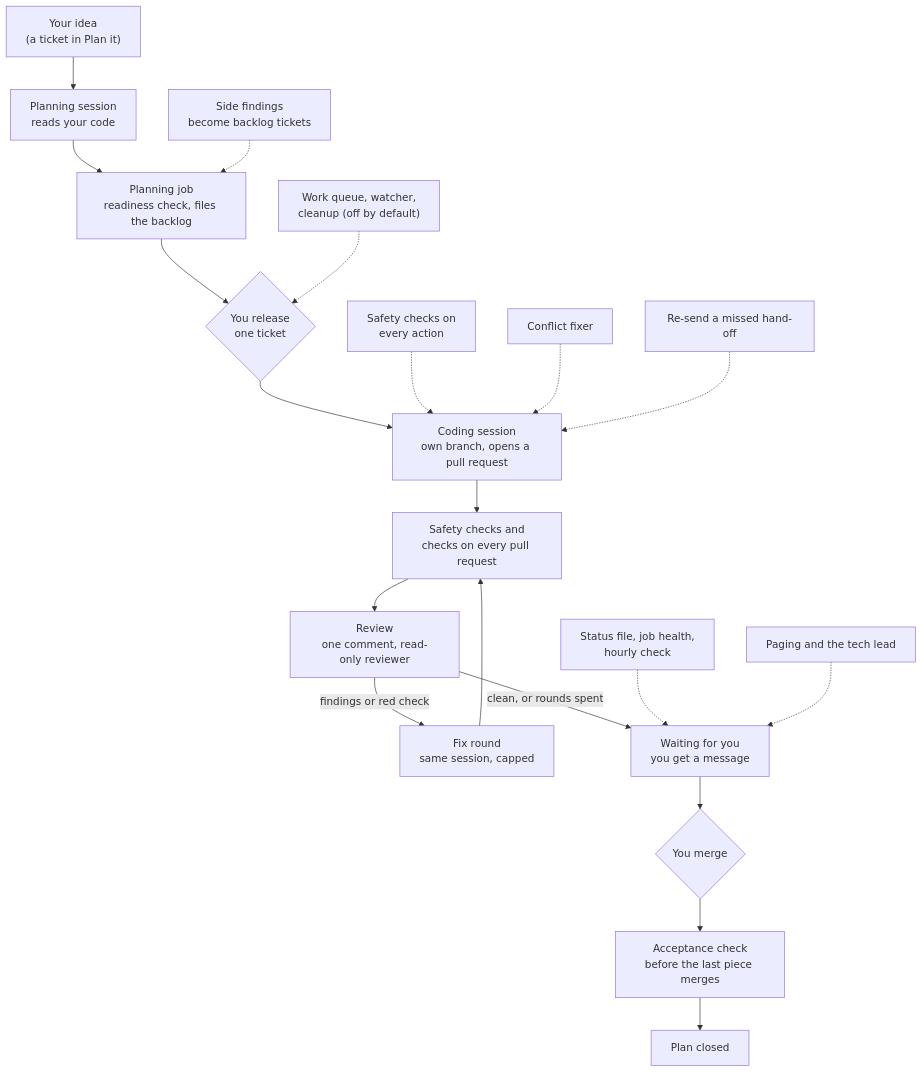
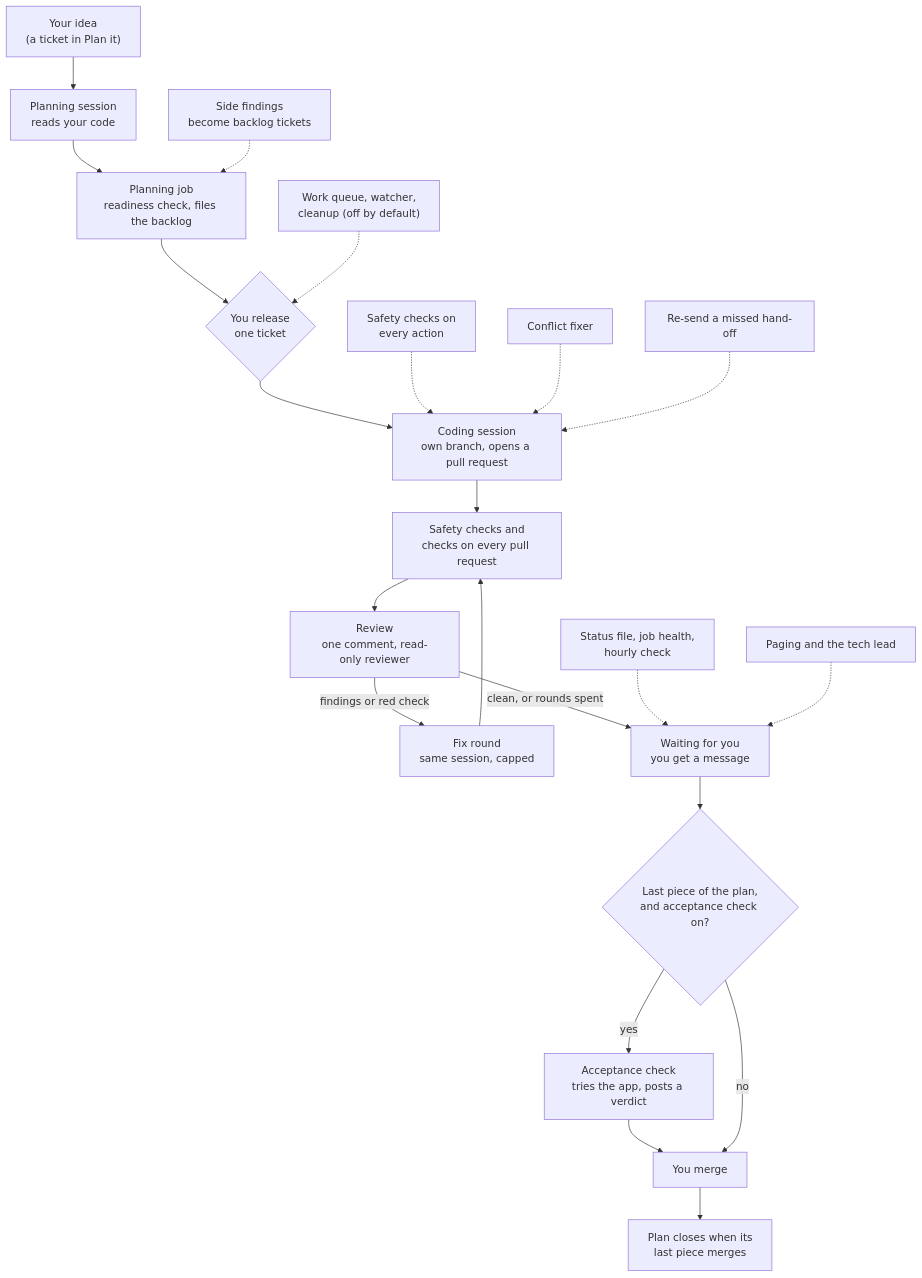
Before and after one commit to braedensc/claude-project-kit: the diagram in docs/SYSTEM.md, drawn with Mermaid. The commit also changed other lines of this file, not shown here.

Commit message:
docs: the acceptance check runs before the last merge in the diagram (KIT-666)

````diff
--- a/docs/SYSTEM.md
+++ b/docs/SYSTEM.md
@@ -60,23 +60,25 @@
 ```mermaid
 flowchart TD
     A["Your idea<br/>(a ticket in Plan it)"] --> B["Planning session<br/>reads your code"]
     B --> C["Planning job<br/>readiness check, files the backlog"]
     C --> D{"You release<br/>one ticket"}
     D --> E["Coding session<br/>own branch, opens a pull request"]
     E --> F["Safety checks and<br/>checks on every pull request"]
     F --> G["Review<br/>one comment, read-only reviewer"]
     G -->|"findings or red check"| H["Fix round<br/>same session, capped"]
     H --> F
     G -->|"clean, or rounds spent"| I["Waiting for you<br/>you get a message"]
-    I --> J{"You merge"}
-    J --> K["Acceptance check<br/>before the last piece merges"]
-    K --> L["Plan closed"]
+    I --> Q{"Last piece of the plan,<br/>and acceptance check on?"}
+    Q -->|"yes"| K["Acceptance check<br/>tries the app, posts a verdict"]
+    K --> J["You merge"]
+    Q -->|"no"| J
+    J --> L["Plan closes when its<br/>last piece merges"]
 
     W1["Safety checks on<br/>every action"] -.-> E
     W2["Conflict fixer"] -.-> E
     W3["Re-send a missed hand-off"] -.-> E
     W4["Side findings<br/>become backlog tickets"] -.-> C
     W5["Status file, job health,<br/>hourly check"] -.-> I
     W6["Paging and the tech lead"] -.-> I
     W7["Work queue, watcher,<br/>cleanup (off by default)"] -.-> D
 ```
````
